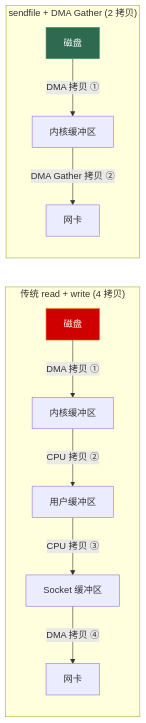
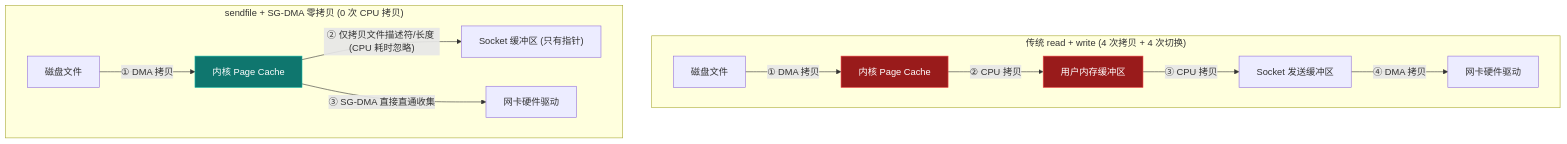
One commit to Lumivers/firefly changed the third of 3 diagrams in src/content/posts/os/07_file_io.md. Above: the diagram before and after it, drawn with Mermaid. The commit also changed other lines of this file and 39 other files, not shown here.

````diff
--- a/src/content/posts/os/07_file_io.md
+++ b/src/content/posts/os/07_file_io.md
@@ -502,17 +187,19 @@
 ```mermaid
-graph LR
-    subgraph "传统 read + write (4 拷贝)"
-        R1["磁盘"] -->|"DMA 拷贝 ①"| R2["内核缓冲区"]
-        R2 -->|"CPU 拷贝 ②"| R3["用户缓冲区"]
-        R3 -->|"CPU 拷贝 ③"| R4["Socket 缓冲区"]
-        R4 -->|"DMA 拷贝 ④"| R5["网卡"]
+graph TD
+    subgraph "传统 read + write (4 次拷贝 + 4 次切换)"
+        D1["磁盘文件"] -->|"① DMA 拷贝"| K1["内核 Page Cache"]
+        K1 -->|"② CPU 拷贝"| U1["用户内存缓冲区"]
+        U1 -->|"③ CPU 拷贝"| S1["Socket 发送缓冲区"]
+        S1 -->|"④ DMA 拷贝"| N1["网卡硬件驱动"]
     end
-    
-    subgraph "sendfile + DMA Gather (2 拷贝)"
-        S1["磁盘"] -->|"DMA 拷贝 ①"| S2["内核缓冲区"]
-        S2 -->|"DMA Gather 拷贝 ②"| S4["网卡"]
+
+    subgraph "sendfile + SG-DMA 零拷贝 (0 次 CPU 拷贝)"
+        D2["磁盘文件"] -->|"① DMA 拷贝"| K2["内核 Page Cache"]
+        K2 -->|"② 仅拷贝文件描述符/长度 (CPU 耗时忽略)"| S2["Socket 缓冲区 (只有指针)"]
+        K2 -->|"③ SG-DMA 直接直通收集"| N2["网卡硬件驱动"]
     end
-    
-    style R1 fill:#d00000,stroke:#e85d04,color:white
-    style S1 fill:#2d6a4f,stroke:#40916c,color:white
+
+    style K1 fill:#991b1b,stroke:#ef4444,color:white
+    style U1 fill:#991b1b,stroke:#ef4444,color:white
+    style K2 fill:#0f766e,stroke:#14b8a6,color:white
 ```
````
